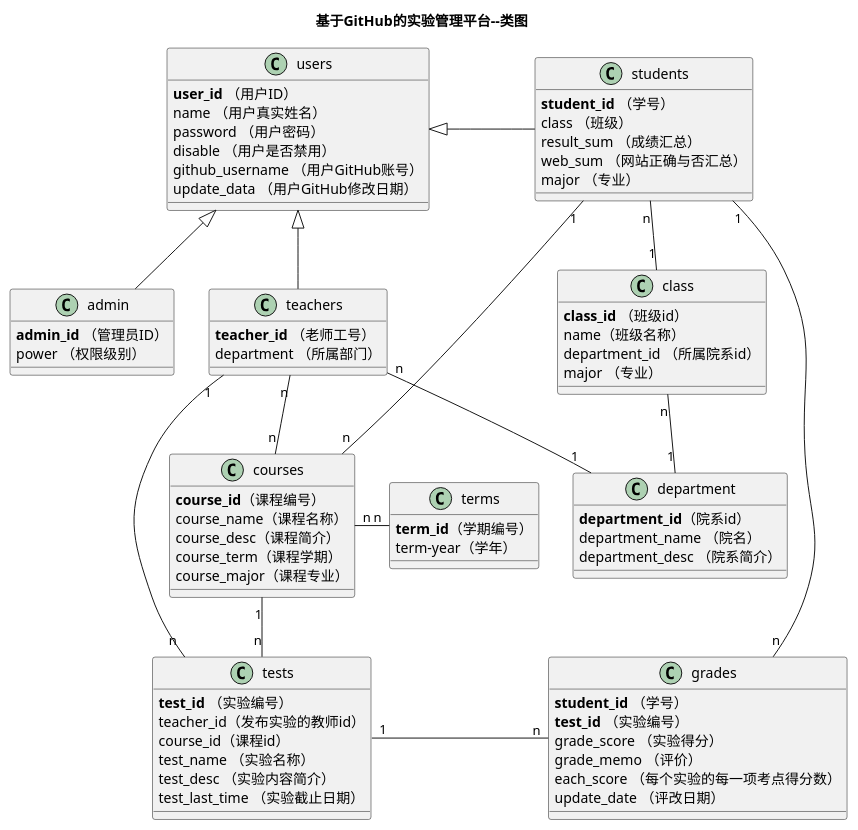
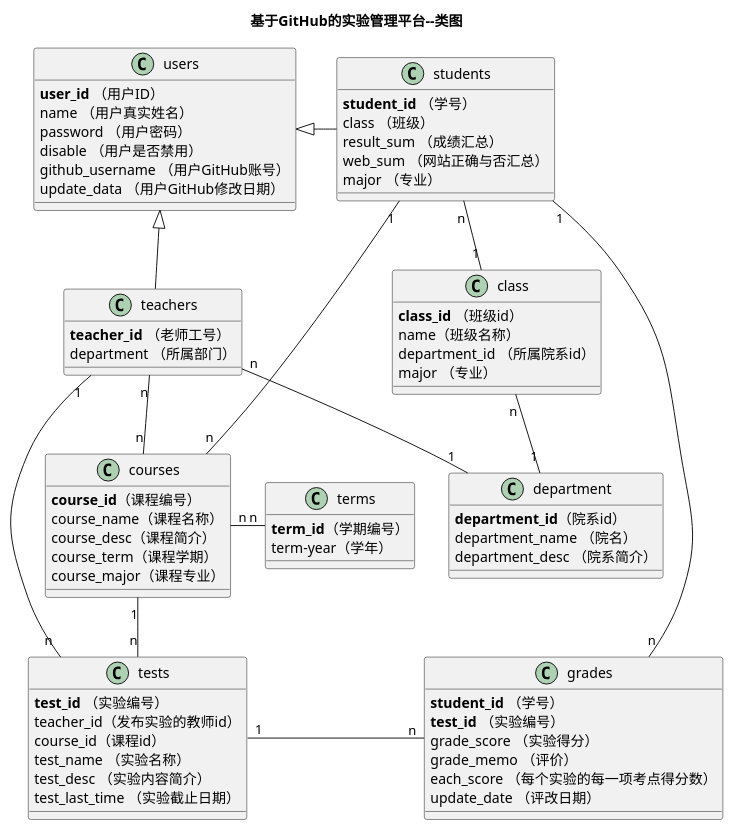
The diagram in test6/src/class.puml (zhangji123456/is_analysis), drawn with PlantUML before and after one commit.

```diff
--- a/test6/src/class.puml
+++ b/test6/src/class.puml
@@ -3,77 +3,72 @@
 @startuml
 title 基于GitHub的实验管理平台--类图
  class users {
     <b>user_id</b> （用户ID）
     name （用户真实姓名）
     password （用户密码）
     disable （用户是否禁用）
     github_username （用户GitHub账号）
     update_data （用户GitHub修改日期）
 }
 class teachers{
     <b>teacher_id</b> （老师工号）
     department （所属部门）
 }
 class students{
     <b>student_id</b> （学号）
     class （班级）
     result_sum （成绩汇总）
     web_sum （网站正确与否汇总）
     major （专业）
-}
-class admin{
-      <b>admin_id</b> （管理员ID）
-      power （权限级别）
 }
 class class{
     <b>class_id</b> （班级id）
     name（班级名称）
     department_id （所属院系id）
     major （专业）
 }
 class department{
     <b>department_id</b>（院系id）
     department_name （院名）
     department_desc （院系简介）
 }
 class courses{
     <b>course_id</b>（课程编号）
     course_name（课程名称）
     course_desc（课程简介）
     course_term（课程学期）
     course_major（课程专业）
 }
 class terms{
     <b>term_id</b>（学期编号）
     term-year（学年）
 }
 class tests {
     <b>test_id</b> （实验编号）
     teacher_id（发布实验的教师id）
     course_id（课程id）
     test_name （实验名称）
     test_desc （实验内容简介）
     test_last_time （实验截止日期）
 }
 class grades {
     <b>student_id</b> （学号）
     <b>test_id</b> （实验编号）
     grade_score （实验得分）
     grade_memo （评价）
     each_score （每个实验的每一项考点得分数）
     update_date （评改日期）
 }
 users <|- students
 users <|-- teachers
-users <|-- admin
 students "n" -- "1"  class
 teachers "n" -- "1"  department
 class "n" -- "1" department
 students "1" -- "n"  courses
 teachers "n" -- "n"  courses
 teachers "1" -- "n"  tests
 courses  "1" -- "n"  tests
 courses "n" - "n"  terms
 students "1" -- "n"  grades
 tests "1" - "n"  grades
 @enduml
```
